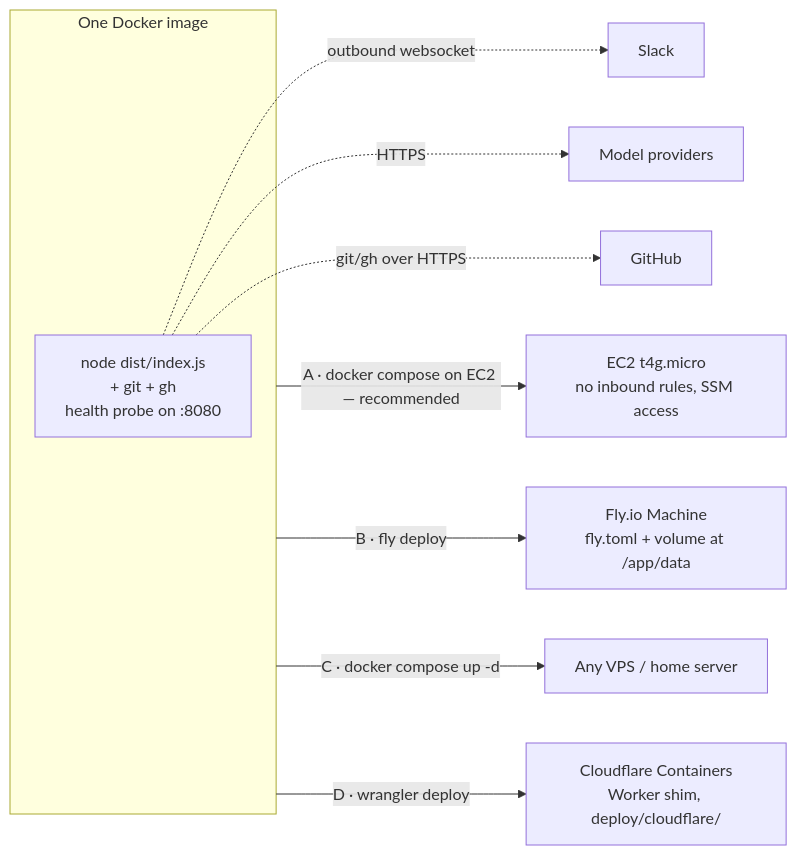
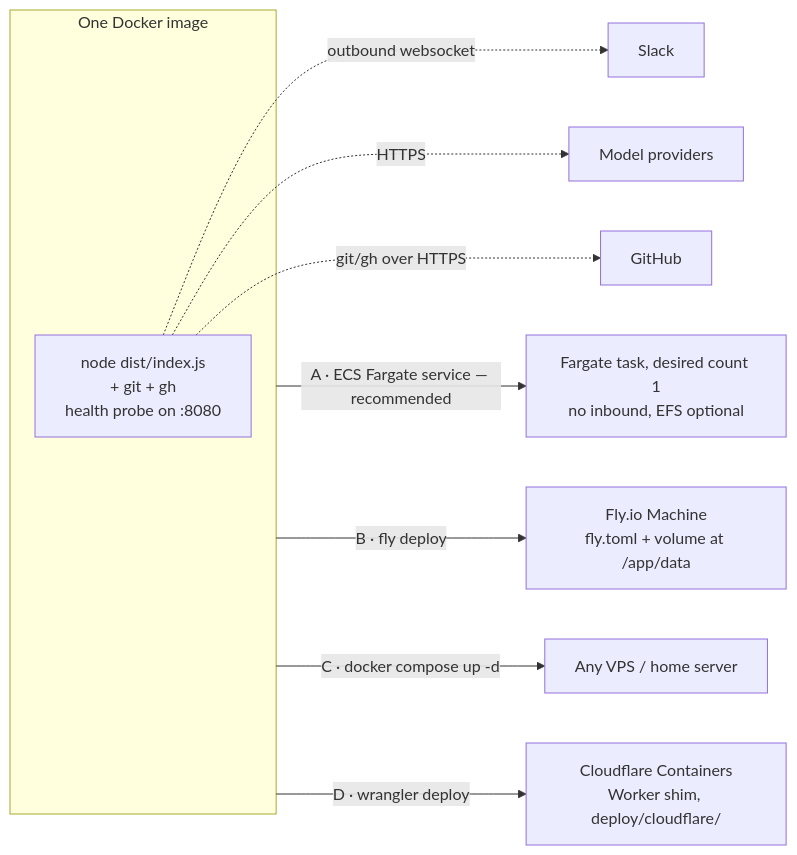
One commit to coreplanelabs/switchboard changed the third of 3 diagrams in README.md. Above: the diagram before and after it, drawn with Mermaid. The commit also changed other lines of this file and 1 other file, not shown here.

First line of the commit message:
Deployment docs: replace EC2 path with ECS Fargate + service-request checklist + sandbox rationale

````diff
--- a/README.md
+++ b/README.md
@@ -93,13 +93,13 @@
 ```mermaid
 flowchart LR
     subgraph img [One Docker image]
         P[node dist/index.js<br/>+ git + gh<br/>health probe on :8080]
     end
-    img -->|A · docker compose on EC2 — recommended| EC2[EC2 t4g.micro<br/>no inbound rules, SSM access]
+    img -->|A · ECS Fargate service — recommended| ECS[Fargate task, desired count 1<br/>no inbound, EFS optional]
     img -->|B · fly deploy| FLY[Fly.io Machine<br/>fly.toml + volume at /app/data]
     img -->|C · docker compose up -d| VPS[Any VPS / home server]
     img -->|D · wrangler deploy| CF[Cloudflare Containers<br/>Worker shim, deploy/cloudflare/]
     P -.->|outbound websocket| SLK[Slack]
     P -.->|HTTPS| PRV[Model providers]
     P -.->|git/gh over HTTPS| GH[GitHub]
 ```
````
